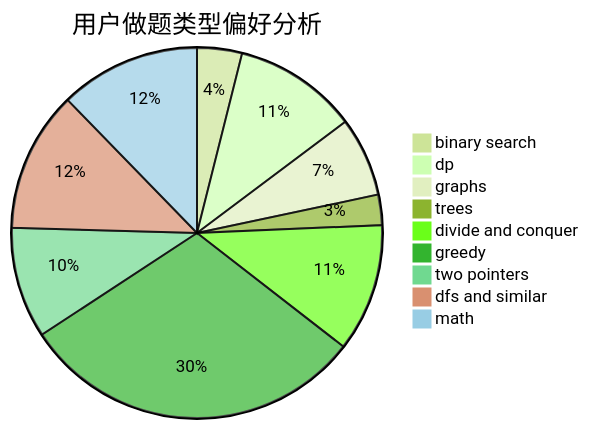
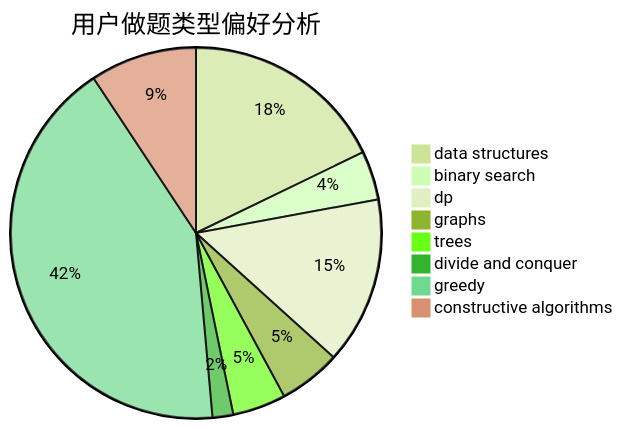
The second of 3 diagrams in docs/user/u2116.md (sherpahu/cfrs.github.io), drawn with Mermaid (forest theme) before and after one commit. The commit also changed other lines of this file and 2775 other files, not shown here.

````diff
--- a/docs/user/u2116.md
+++ b/docs/user/u2116.md
@@ -23,12 +23,11 @@
 ```mermaid
 pie title 用户做题类型偏好分析
-    "binary search" :  68
-    "dp" :  188
-    "graphs" :  120
-    "trees" :  46
-    "divide and conquer" :  194
-    "greedy" :  525
-    "two pointers" :  168
-    "dfs and similar" :  213
-    "math" :  213
+    "data structures" :  138
+    "binary search" :  33
+    "dp" :  113
+    "graphs" :  42
+    "trees" :  36
+    "divide and conquer" :  14
+    "greedy" :  326
+    "constructive algorithms" :  72
 ```
````
